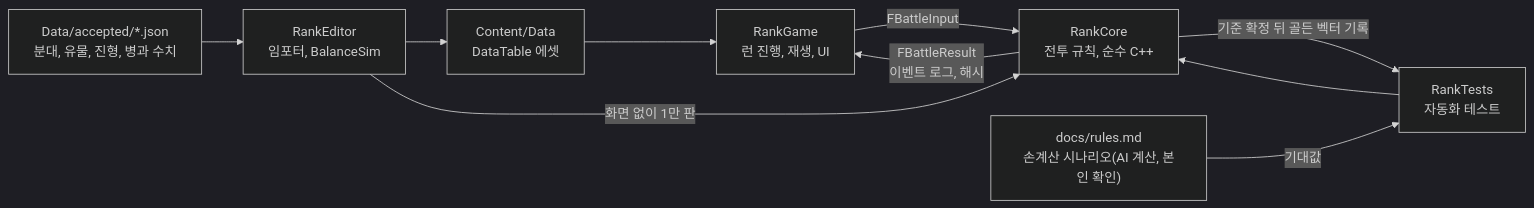
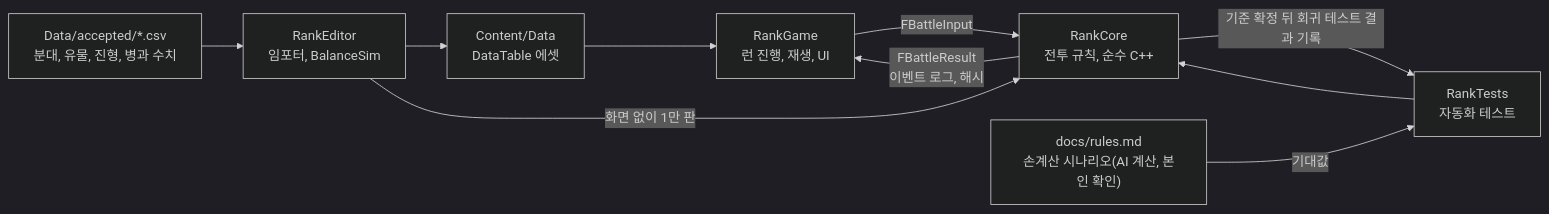
One commit to agnesAqr/rank-and-file changed the first of 4 diagrams in docs/design.md. Above: the diagram before and after it, drawn with Mermaid (dark theme). The commit also changed other lines of this file and 1 other file, not shown here.

````diff
--- a/docs/design.md
+++ b/docs/design.md
@@ -68,12 +68,12 @@
 ```mermaid
 flowchart LR
-  JSON["Data/accepted/*.json<br>분대, 유물, 진형, 병과 수치"] --> ED["RankEditor<br>임포터, BalanceSim"]
+  JSON["Data/accepted/*.csv<br>분대, 유물, 진형, 병과 수치"] --> ED["RankEditor<br>임포터, BalanceSim"]
   ED --> DT["Content/Data<br>DataTable 에셋"]
   DT --> GAME["RankGame<br>런 진행, 재생, UI"]
   GAME -->|"FBattleInput"| CORE["RankCore<br>전투 규칙, 순수 C++"]
   CORE -->|"FBattleResult<br>이벤트 로그, 해시"| GAME
   ED -->|"화면 없이 1만 판"| CORE
   TESTS["RankTests<br>자동화 테스트"] --> CORE
   HAND["docs/rules.md<br>손계산 시나리오(AI 계산, 본인 확인)"] -->|"기대값"| TESTS
-  CORE -->|"기준 확정 뒤 골든 벡터 기록"| TESTS
+  CORE -->|"기준 확정 뒤 회귀 테스트 결과 기록"| TESTS
 ```
````
